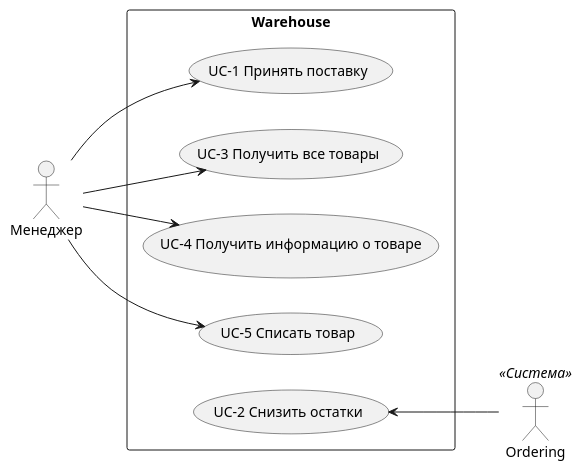
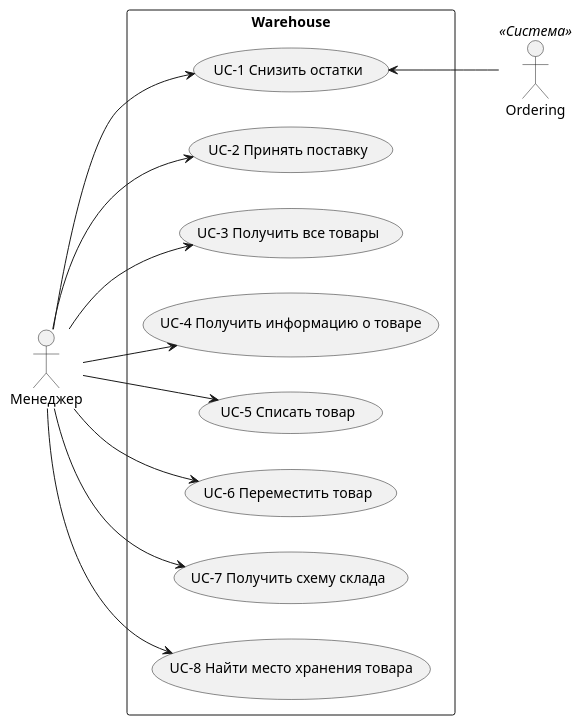
One commit to gerzhan/knigaexpert-system-design changed the fifth of 5 diagrams in services/warehouse/README.md. Above: the diagram before and after it, drawn with PlantUML. The commit also changed other lines of this file and 7 other files, not shown here.

````diff
--- a/services/warehouse/README.md
+++ b/services/warehouse/README.md
@@ -112,28 +112,39 @@
 ```plantuml
 left to right direction
 skinparam packageStyle rectangle
 
 actor Менеджер as manager
 actor Ordering as ordering << Система >>
 
 rectangle Warehouse {
-  usecase (UC-1 Принять поставку) as UC1
-  usecase (UC-3 Получить все товары) as UC2
-  usecase (UC-4 Получить информацию о товаре) as UC3
-  usecase (UC-5 Списать товар) as UC4
-  usecase (UC-2 Снизить остатки) as UC5
-
+  usecase (UC-1 Снизить остатки) as UC1
+  usecase (UC-2 Принять поставку) as UC2
+  usecase (UC-3 Получить все товары) as UC3
+  usecase (UC-4 Получить информацию о товаре) as UC4
+  usecase (UC-5 Списать товар) as UC5
+  usecase (UC-6 Переместить товар) as UC6
+  usecase (UC-7 Получить схему склада) as UC7
+  usecase (UC-8 Найти место хранения товара) as UC8
+  
   url of UC1 is [[use-cases/uc-1.md]]
   url of UC2 is [[use-cases/uc-2.md]]
   url of UC3 is [[use-cases/uc-3.md]]
   url of UC4 is [[use-cases/uc-4.md]]
   url of UC5 is [[use-cases/uc-5.md]]
+  url of UC6 is [[use-cases/uc-6.md]]
+  url of UC7 is [[use-cases/uc-7.md]]
+  url of UC8 is [[use-cases/uc-8.md]]
+  
 }
+
+UC1<-- ordering
 
 manager --> UC1
 manager --> UC2
 manager --> UC3
 manager --> UC4
-
-UC5<-- ordering
+manager --> UC5
+manager --> UC6
+manager --> UC7
+manager --> UC8
 ```
````
